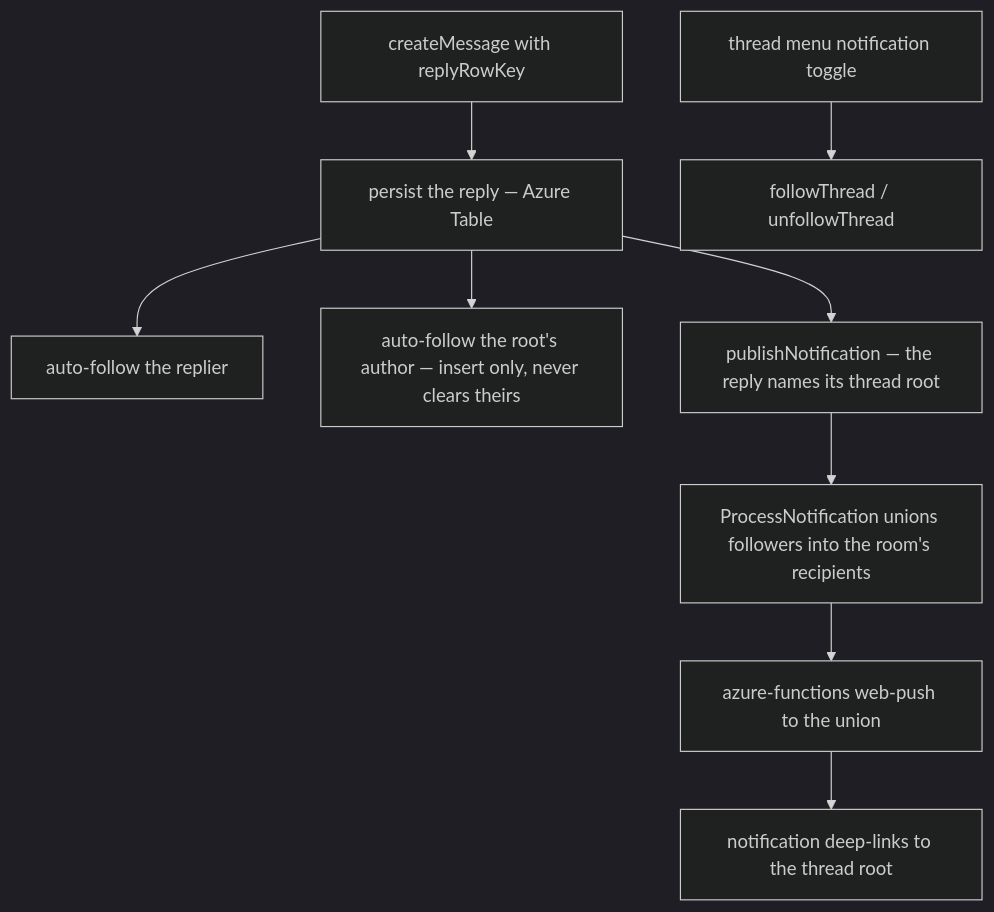
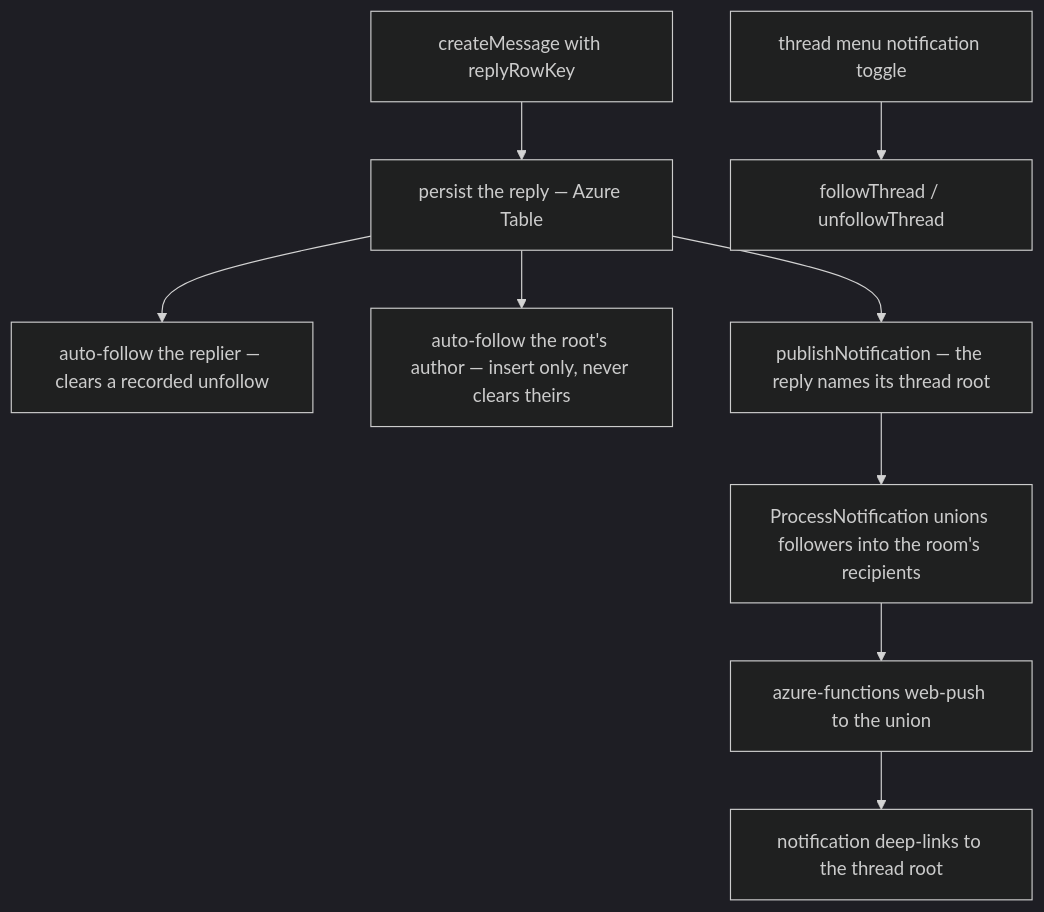
One commit to Esposter/Esposter changed the diagram in openspec/specs/esbabbler/thread-follows/design.md. Above: the diagram before and after it, drawn with Mermaid (dark theme). The commit also changed 1 other file, not shown here.

Commit message:
docs(esbabbler): draw the scheduled worker's guard release and the replier's unfollow clear

````diff
--- a/openspec/specs/esbabbler/thread-follows/design.md
+++ b/openspec/specs/esbabbler/thread-follows/design.md
@@ -9,11 +9,11 @@
 ```mermaid
 flowchart TD
   R["createMessage with replyRowKey"] --> P["persist the reply — Azure Table"]
-  P --> AF["auto-follow the replier"]
+  P --> AF["auto-follow the replier — clears a recorded unfollow"]
   P --> AR["auto-follow the root's author — insert only, never clears theirs"]
   P --> Q["publishNotification — the reply names its thread root"]
   Q --> E["ProcessNotification unions followers into the room's recipients"]
   E --> F["azure-functions web-push to the union"]
   F --> D["notification deep-links to the thread root"]
   B["thread menu notification toggle"] --> FT["followThread / unfollowThread"]
 ```
````
